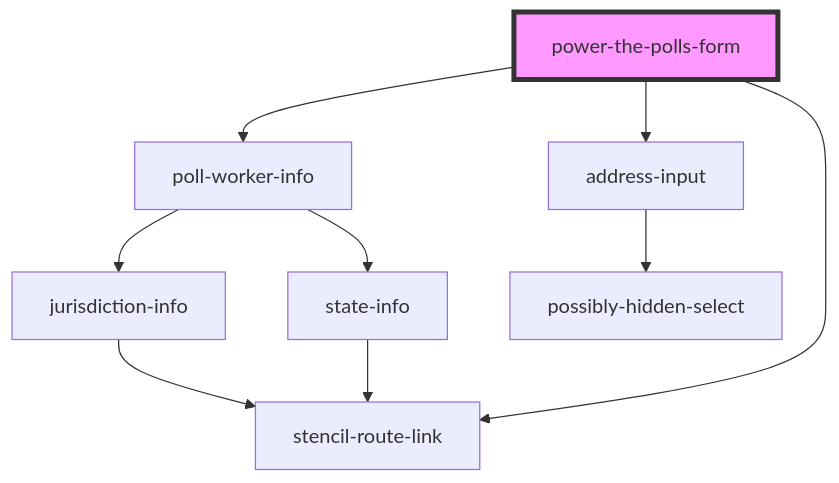
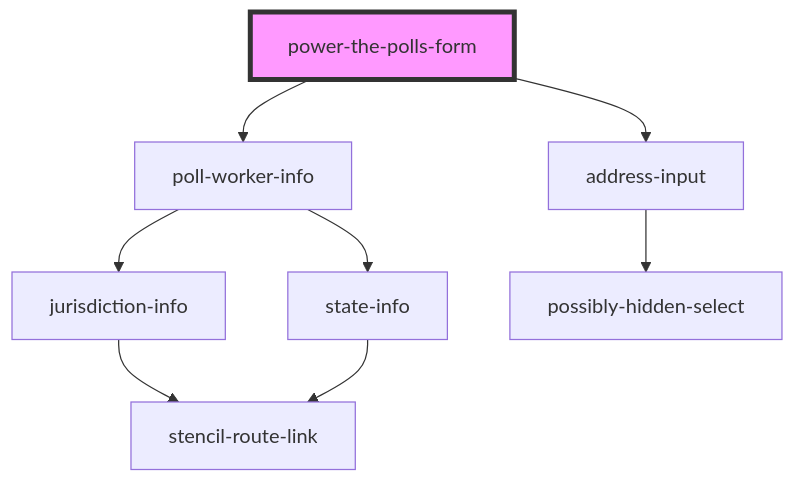
The diagram in power-the-polls-form/src/components/power-the-polls-form/readme.md (pizza-to-the-polls/power-the-polls), drawn with Mermaid before and after one commit. The commit also changed other lines of this file and 8 other files, not shown here.

Commit message:
fixed route link for privacy on widget but retain it on the site

````diff
--- a/power-the-polls-form/src/components/power-the-polls-form/readme.md
+++ b/power-the-polls-form/src/components/power-the-polls-form/readme.md
@@ -35,12 +47,11 @@
 ```mermaid
 graph TD;
   power-the-polls-form --> poll-worker-info
   power-the-polls-form --> address-input
-  power-the-polls-form --> stencil-route-link
   poll-worker-info --> jurisdiction-info
   poll-worker-info --> state-info
   jurisdiction-info --> stencil-route-link
   state-info --> stencil-route-link
   address-input --> possibly-hidden-select
   style power-the-polls-form fill:#f9f,stroke:#333,stroke-width:4px
 ```
````
